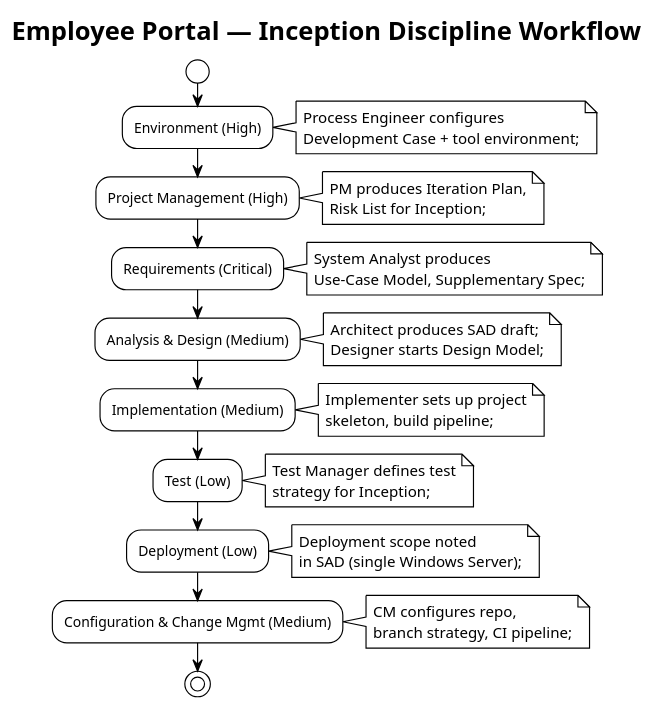
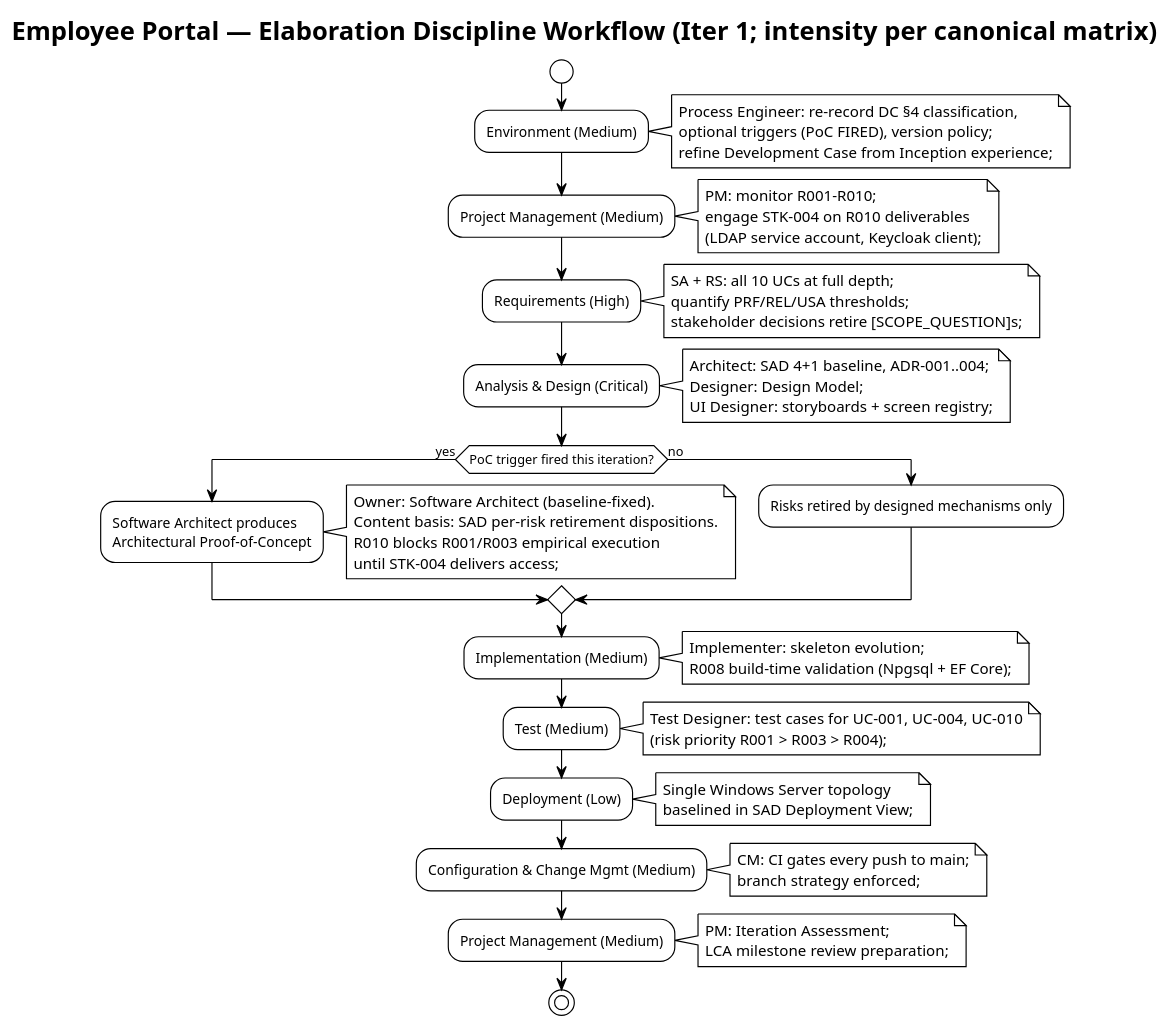
Before and after one commit to banense-test/employee-portal: the first of 4 diagrams in docs/artifacts/environment/development-case.md, drawn with PlantUML. The commit also changed other lines of this file, not shown here.

First line of the commit message:
Process Engineer [E1]: upsert Development Case

````diff
--- a/docs/artifacts/environment/development-case.md
+++ b/docs/artifacts/environment/development-case.md
@@ -65,25 +54,33 @@
 ```plantuml
 @startuml
 !theme plain
-title Employee Portal — Inception Discipline Workflow
+title Employee Portal — Elaboration Discipline Workflow (Iter 1; intensity per canonical matrix)
 
 start
-:Environment (High);
-note right: Process Engineer configures\nDevelopment Case + tool environment;
-:Project Management (High);
-note right: PM produces Iteration Plan,\nRisk List for Inception;
-:Requirements (Critical);
-note right: System Analyst produces\nUse-Case Model, Supplementary Spec;
-:Analysis & Design (Medium);
-note right: Architect produces SAD draft;\nDesigner starts Design Model;
+:Environment (Medium);
+note right: Process Engineer: re-record DC §4 classification,\noptional triggers (PoC FIRED), version policy;\nrefine Development Case from Inception experience;
+:Project Management (Medium);
+note right: PM: monitor R001-R010;\nengage STK-004 on R010 deliverables\n(LDAP service account, Keycloak client);
+:Requirements (High);
+note right: SA + RS: all 10 UCs at full depth;\nquantify PRF/REL/USA thresholds;\nstakeholder decisions retire [SCOPE_QUESTION]s;
+:Analysis & Design (Critical);
+note right: Architect: SAD 4+1 baseline, ADR-001..004;\nDesigner: Design Model;\nUI Designer: storyboards + screen registry;
+if (PoC trigger fired this iteration?) then (yes)
+  :Software Architect produces\nArchitectural Proof-of-Concept;
+  note right: Owner: Software Architect (baseline-fixed).\nContent basis: SAD per-risk retirement dispositions.\nR010 blocks R001/R003 empirical execution\nuntil STK-004 delivers access;
+else (no)
+  :Risks retired by designed mechanisms only;
+endif
 :Implementation (Medium);
-note right: Implementer sets up project\nskeleton, build pipeline;
-:Test (Low);
-note right: Test Manager defines test\nstrategy for Inception;
+note right: Implementer: skeleton evolution;\nR008 build-time validation (Npgsql + EF Core);
+:Test (Medium);
+note right: Test Designer: test cases for UC-001, UC-004, UC-010\n(risk priority R001 > R003 > R004);
 :Deployment (Low);
-note right: Deployment scope noted\nin SAD (single Windows Server);
+note right: Single Windows Server topology\nbaselined in SAD Deployment View;
 :Configuration & Change Mgmt (Medium);
-note right: CM configures repo,\nbranch strategy, CI pipeline;
+note right: CM: CI gates every push to main;\nbranch strategy enforced;
+:Project Management (Medium);
+note right: PM: Iteration Assessment;\nLCA milestone review preparation;
 stop
 @enduml
 ```
````
